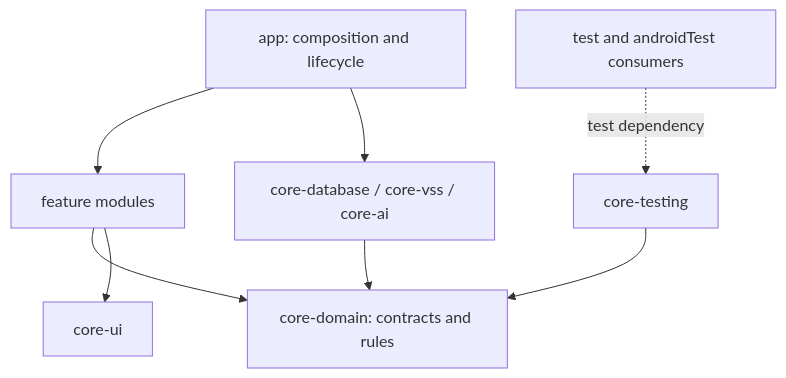
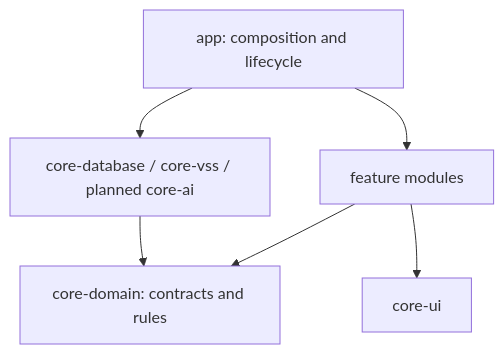
Before and after one commit to devemberx/mobimon: the diagram in docs/ARCHITECTURE.md, drawn with Mermaid. The commit also changed other lines of this file and 15 other files, not shown here.

First line of the commit message:
test(app): add Q01 journeys and AAOS CI (#11)

````diff
--- a/docs/ARCHITECTURE.md
+++ b/docs/ARCHITECTURE.md
@@ -92,10 +76,8 @@
 ```mermaid
 flowchart TD
     app[app: composition and lifecycle] --> feature[feature modules]
-    app --> data[core-database / core-vss / core-ai]
+    app --> data[core-database / core-vss / planned core-ai]
     feature --> domain[core-domain: contracts and rules]
     feature --> ui[core-ui]
     data --> domain
-    tests[test and androidTest consumers] -. test dependency .-> fixtures[core-testing]
-    fixtures --> domain
 ```
````
